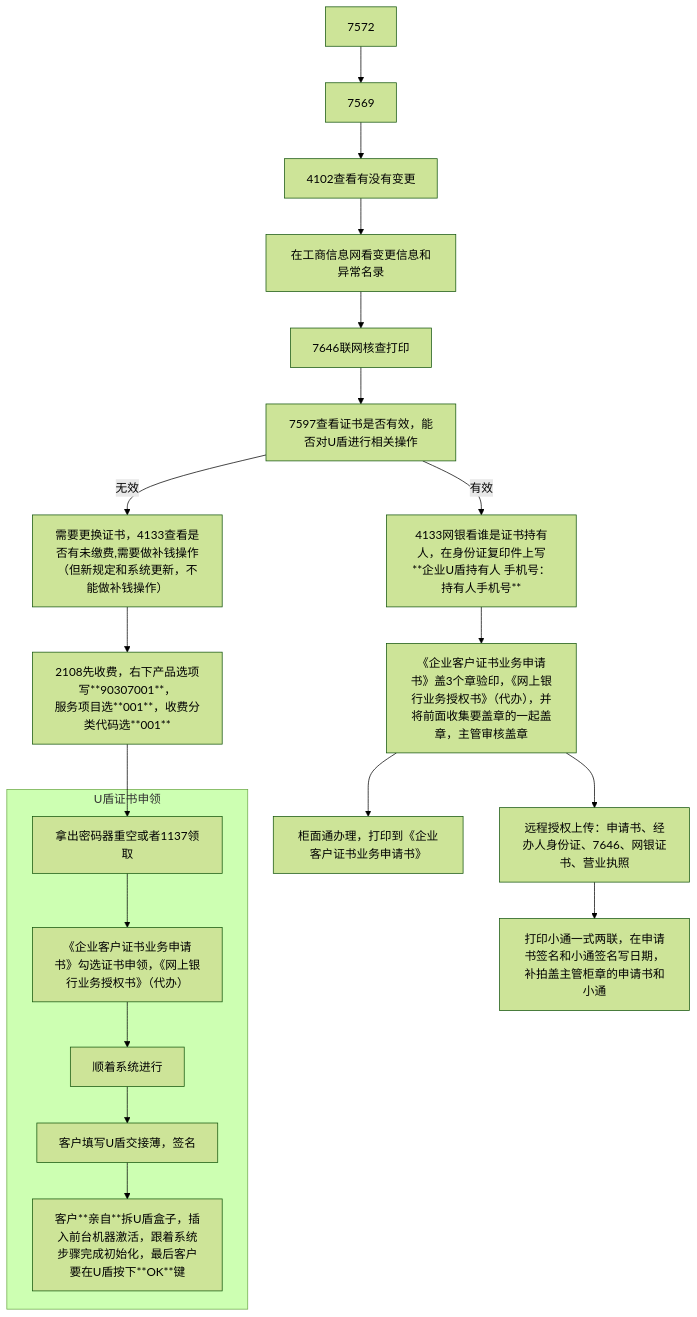
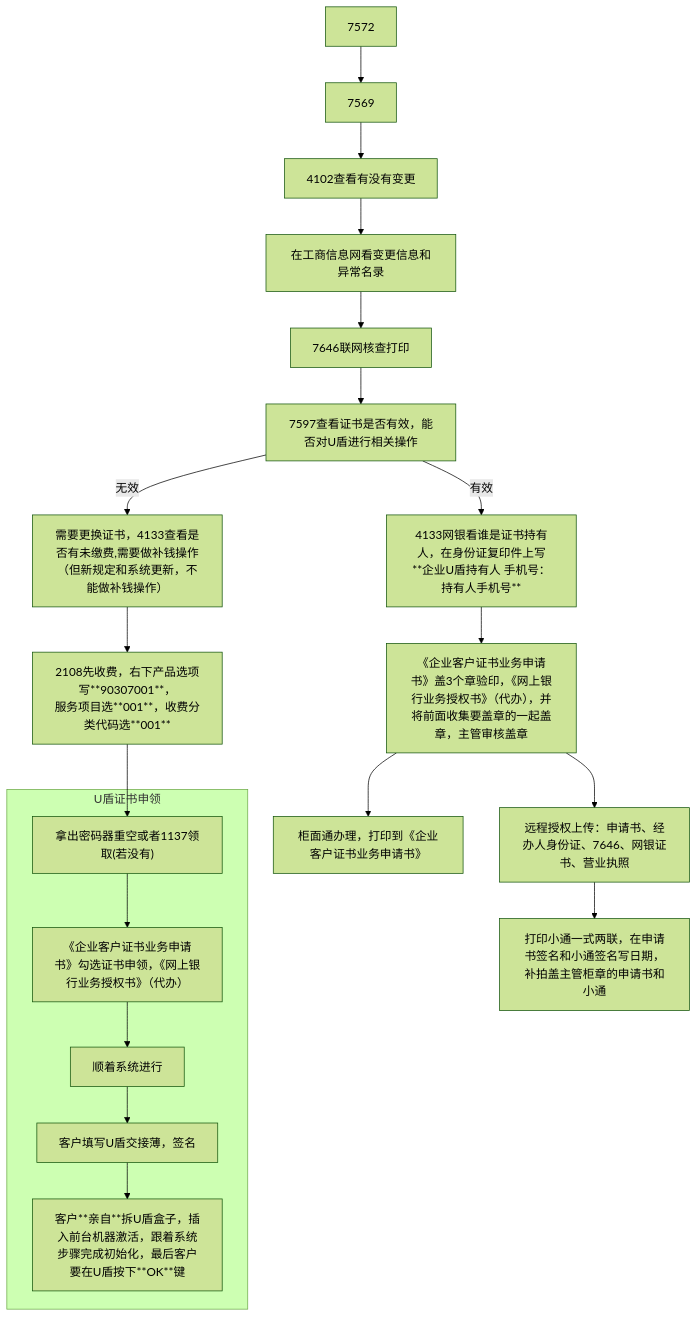
The fifth of 15 diagrams in docs/src/Notes/Finance/1100/对公.md (4triumph/blog), drawn with Mermaid (forest theme) before and after one commit. The commit also changed other lines of this file, not shown here.

````diff
--- a/docs/src/Notes/Finance/1100/对公.md
+++ b/docs/src/Notes/Finance/1100/对公.md
@@ -307,30 +307,30 @@
 ```mermaid
 graph TD
 	A["7572"]
 	B["7569"]
 	C["4102查看有没有变更"]
 	D["在工商信息网看变更信息和异常名录"]
 	E["7646联网核查打印"]
 	F["7597查看证书是否有效，能否对U盾进行相关操作"]
 	G["4133网银看谁是证书持有人，在身份证复印件上写<br>**企业U盾持有人 手机号：持有人手机号**"]
 	H["《企业客户证书业务申请书》盖3个章验印，《网上银行业务授权书》（代办），并将前面收集要盖章的一起盖章，主管审核盖章"]
 	I["柜面通办理，打印到《企业客户证书业务申请书》"]
 	J["需要更换证书，4133查看是否有未缴费,需要做补钱操作（但新规定和系统更新，不能做补钱操作）"]
 	K["2108先收费，右下产品选项写**90307001**，<br>服务项目选**001**，收费分类代码选**001**"]
-	Q["拿出密码器重空或者1137领取"]
+	Q["拿出密码器重空或者1137领取(若没有)"]
 	R["《企业客户证书业务申请书》勾选证书申领，《网上银行业务授权书》（代办）"]
 	S["顺着系统进行"]
 	T["客户填写U盾交接薄，签名"]
 	U["客户**亲自**拆U盾盒子，插入前台机器激活，跟着系统步骤完成初始化，最后客户要在U盾按下**OK**键"]
     V["远程授权上传：申请书、经办人身份证、7646、网银证书、营业执照"]
     W["打印小通一式两联，在申请书签名和小通签名写日期，补拍盖主管柜章的申请书和小通"]
 	
 	A --> B --> C --> D --> E --> F -->|有效| G --> H --> I
 	F -->|无效| J --> K --> Q
     H --> V --> W
 	
 	subgraph U盾证书申领
 		Q --> R --> S --> T --> U
 	end
 	
 ```
````
